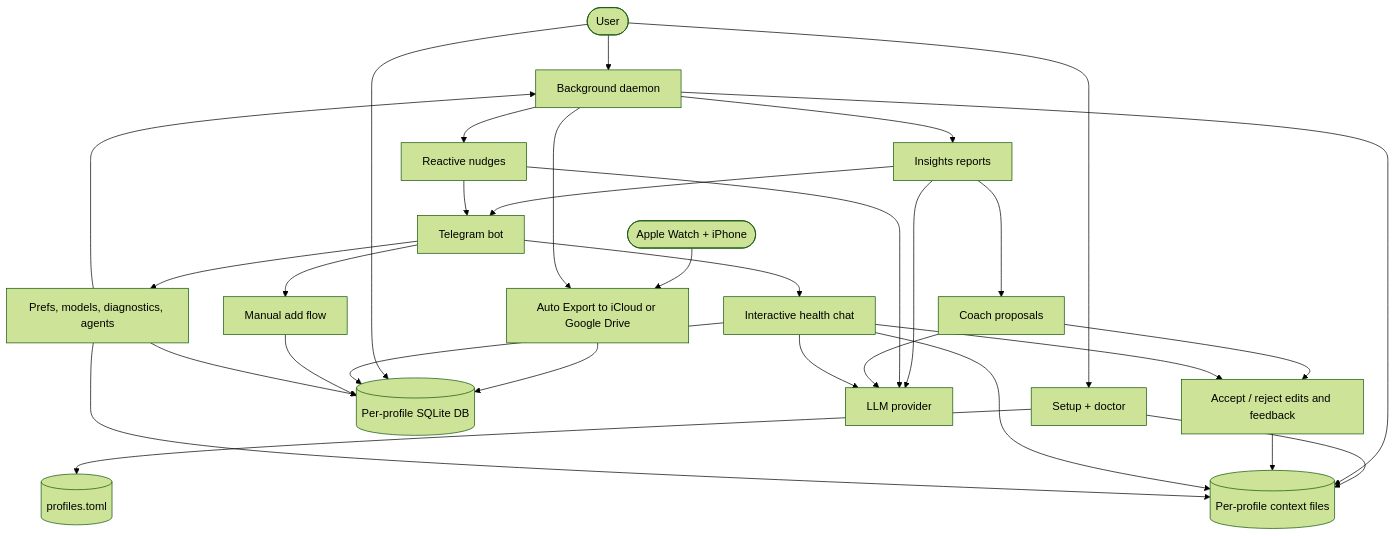
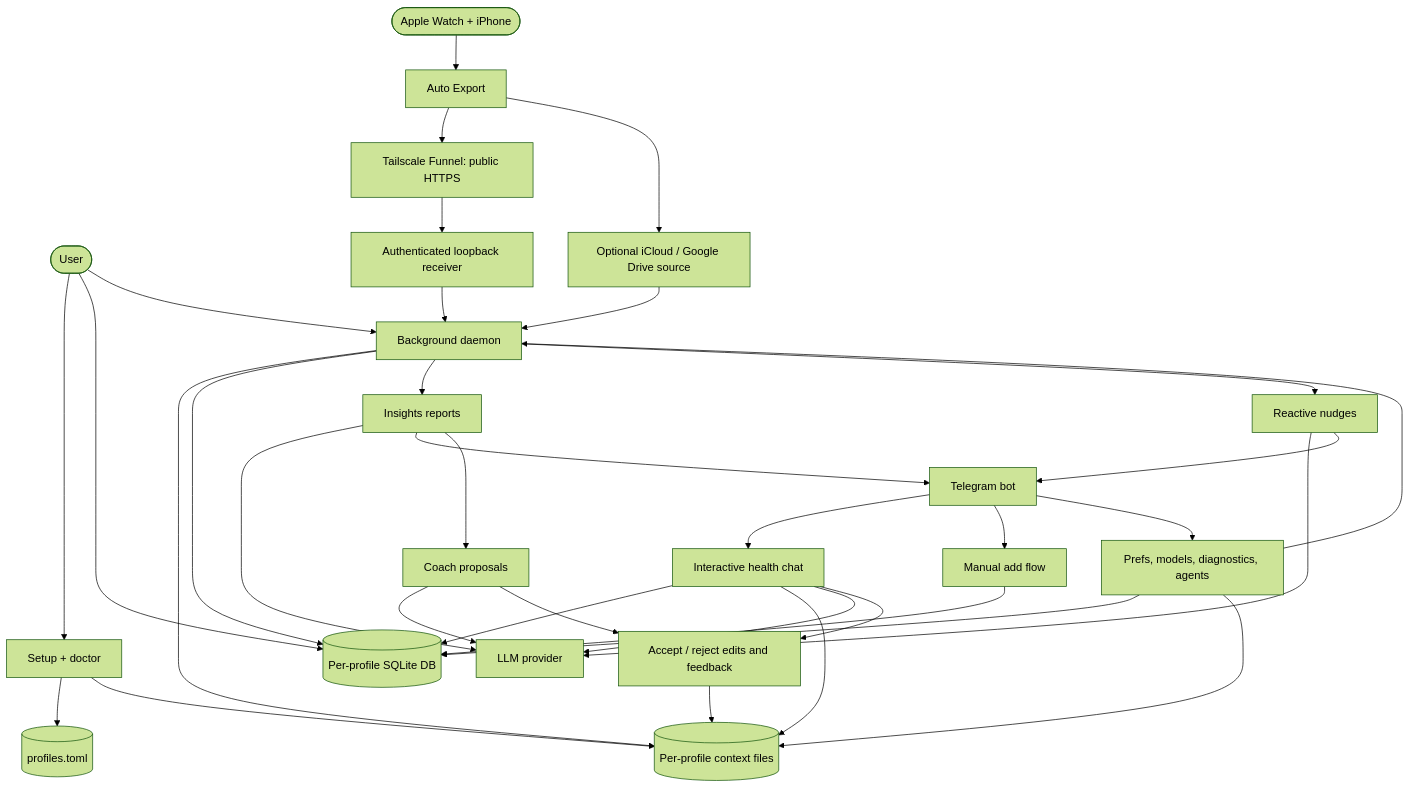
One commit to Alchemication/zdrowskit changed the first of 8 diagrams in docs/user-flow.md. Above: the diagram before and after it, drawn with Mermaid (forest theme). The commit also changed other lines of this file and 25 other files, not shown here.

First line of the commit message:
Add authenticated Auto Export HTTP ingestion

````diff
--- a/docs/user-flow.md
+++ b/docs/user-flow.md
@@ -5,51 +5,58 @@
 ```mermaid
 flowchart TD
     user([User])
     apple([Apple Watch + iPhone])
-    export["Auto Export to iCloud or Google Drive"]
+    export["Auto Export"]
+    funnel["Tailscale Funnel: public HTTPS"]
+    receiver["Authenticated loopback receiver"]
+    cloud["Optional iCloud / Google Drive source"]
     setup["Setup + doctor"]
     roster[(profiles.toml)]
     context[(Per-profile context files)]
     db[(Per-profile SQLite DB)]
     daemon["Background daemon"]
     telegram["Telegram bot"]
     llm["LLM provider"]
     reports["Insights reports"]
     coach["Coach proposals"]
     nudges["Reactive nudges"]
     chat["Interactive health chat"]
     manual["Manual add flow"]
     controls["Prefs, models, diagnostics, agents"]
     approvals["Accept / reject edits and feedback"]
 
     user --> setup
     setup --> roster
     setup --> context
     apple --> export
-    export --> db
+    export --> funnel
+    funnel --> receiver
+    receiver --> daemon
+    export --> cloud
+    cloud --> daemon
     user --> db
     user --> daemon
-    daemon --> export
     daemon --> context
+    daemon --> db
     daemon --> reports
     daemon --> nudges
     reports --> llm
     nudges --> llm
     reports --> telegram
     nudges --> telegram
     reports --> coach
     coach --> llm
     coach --> approvals
     approvals --> context
     telegram --> chat
     chat --> db
     chat --> context
     chat --> llm
     chat --> approvals
     telegram --> manual
     manual --> db
     telegram --> controls
     controls --> db
     controls --> context
     controls --> daemon
 ```
````
